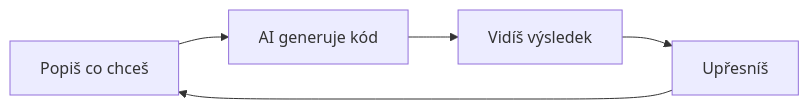
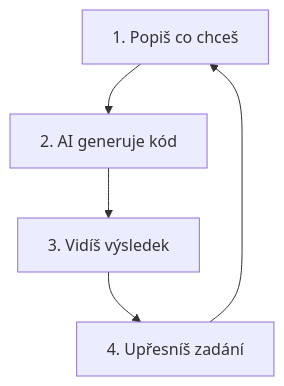
Before and after one commit to aidetemcz/glitch: the diagram in glitches/vibecoding/vc2-how-it-works.md, drawn with Mermaid. The commit also changed other lines of this file and 2 other files, not shown here.

Commit message:
Move mermaid diagrams to deepdive, fix scroll, shorter labels
- Move mermaid from chat section to deepdive in vc2, vc31
  (chat bubbles are too narrow for diagrams)
- vc2: change LR→TD for vertical layout, add numbered steps
- vc31: shorten labels for mobile readability
- Reset chatContainer.scrollTop=0 on openDetail (fixes scrollbar
  persisting from previous visit)

````diff
--- a/glitches/vibecoding/vc2-how-it-works.md
+++ b/glitches/vibecoding/vc2-how-it-works.md
@@ -11,7 +24,7 @@
 ```mermaid
-graph LR
-    A["Popiš co chceš"] --> B["AI generuje kód"]
-    B --> C["Vidíš výsledek"]
-    C --> D["Upřesníš"]
+graph TD
+    A["1. Popiš co chceš"] --> B["2. AI generuje kód"]
+    B --> C["3. Vidíš výsledek"]
+    C --> D["4. Upřesníš zadání"]
     D --> A
 ```
````
